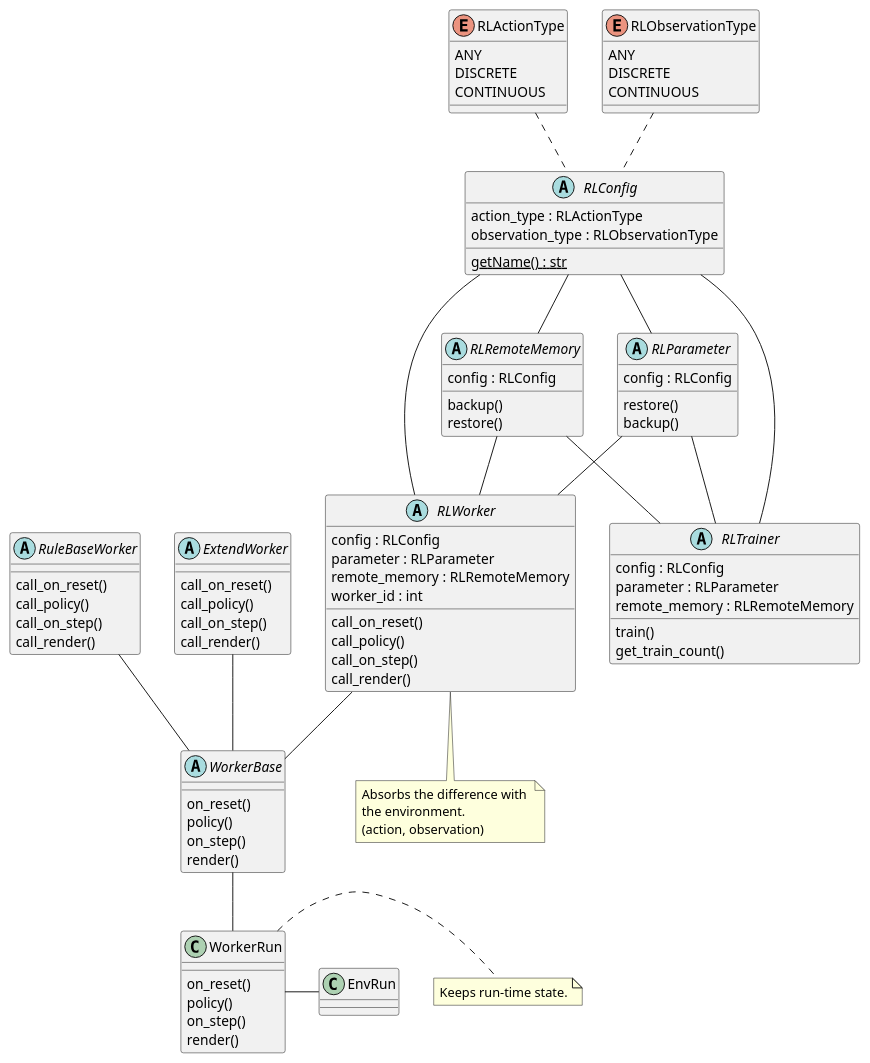
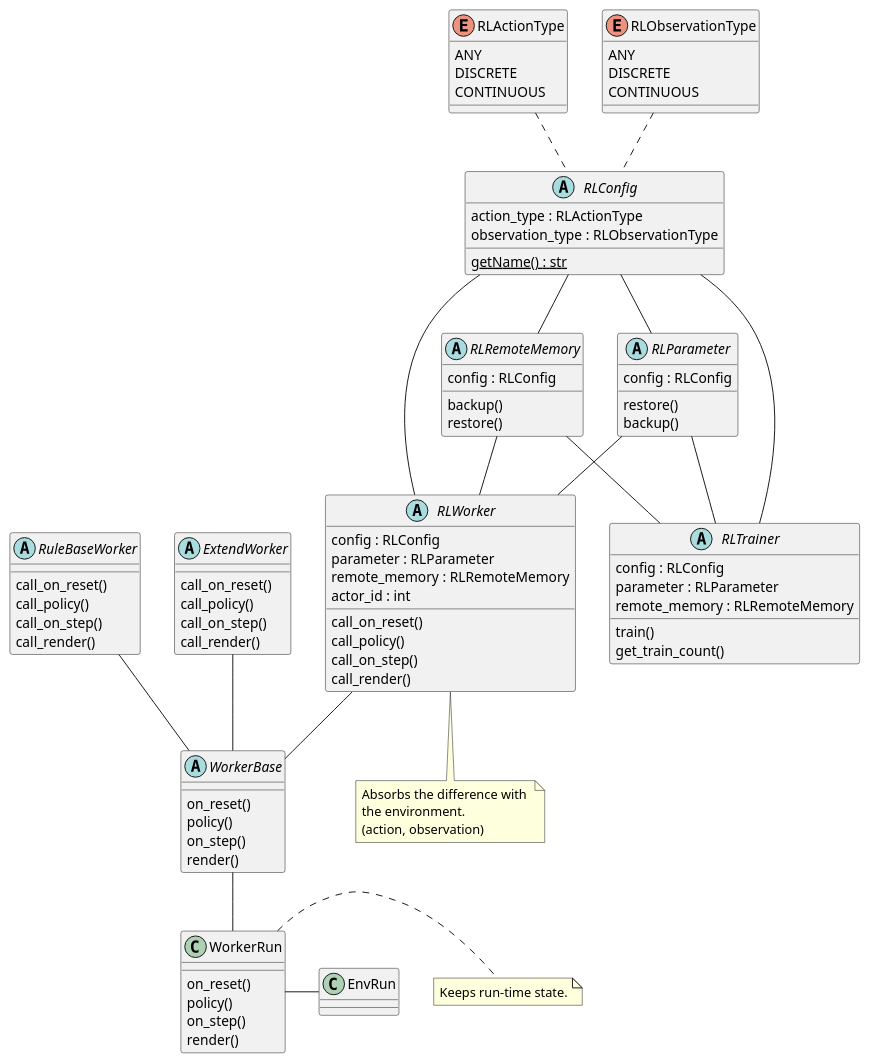
The diagram in diagrams/class_rl.pu (pocokhc/simple_distributed_rl), drawn with PlantUML before and after one commit. The commit also changed 12 other files, not shown here.

```diff
--- a/diagrams/class_rl.pu
+++ b/diagrams/class_rl.pu
@@ -1,121 +1,121 @@
 @startuml class_rl
 
 enum RLActionType {
     ANY
     DISCRETE
     CONTINUOUS
 }
 
 enum RLObservationType {
     ANY
     DISCRETE
     CONTINUOUS
 }
 
 
 class EnvRun {}
 
 
 class WorkerRun {
     on_reset()
     policy()
     on_step()
     render()
 }
 
 WorkerRun - EnvRun
 
 note "Keeps run-time state." as WorkerRunMemo
 WorkerRun . WorkerRunMemo
 
 
 abstract WorkerBase {
     on_reset()
     policy()
     on_step()
     render()
 }
 WorkerBase -- WorkerRun
 
 
 
 abstract RuleBaseWorker {
     call_on_reset()
     call_policy()
     call_on_step()
     call_render()
 }
 
 RuleBaseWorker -- WorkerBase
 
 
 abstract ExtendWorker {
     call_on_reset()
     call_policy()
     call_on_step()
     call_render()
 }
 
 ExtendWorker -- WorkerBase
 
 
 
 abstract RLWorker {
     config : RLConfig
     parameter : RLParameter
     remote_memory : RLRemoteMemory
-    worker_id : int
+    actor_id : int
     call_on_reset()
     call_policy()
     call_on_step()
     call_render()
 }
 
 
 RLWorker -- WorkerBase
 
 note "Absorbs the difference with \nthe environment.\n(action, observation)" as RLWorkerMemo
 RLWorker .. RLWorkerMemo
 
 
 abstract RLTrainer {
     config : RLConfig
     parameter : RLParameter
     remote_memory : RLRemoteMemory
     train()
     get_train_count()
 }
 
 abstract RLRemoteMemory {
     config : RLConfig
     backup()
     restore()
 }
 
 abstract RLParameter {
     config : RLConfig
     restore()
     backup()
 }
 
 
 abstract RLConfig {
     {static} getName() : str
     action_type : RLActionType
     observation_type : RLObservationType
 }
 RLActionType .. RLConfig
 RLObservationType .. RLConfig
 
 RLConfig --- RLWorker
 RLConfig --- RLTrainer
 RLConfig -- RLParameter
 RLConfig -- RLRemoteMemory
 
 RLParameter -- RLWorker
 RLParameter -- RLTrainer
 RLRemoteMemory -- RLWorker
 RLRemoteMemory -- RLTrainer
 
 
 @enduml
```
